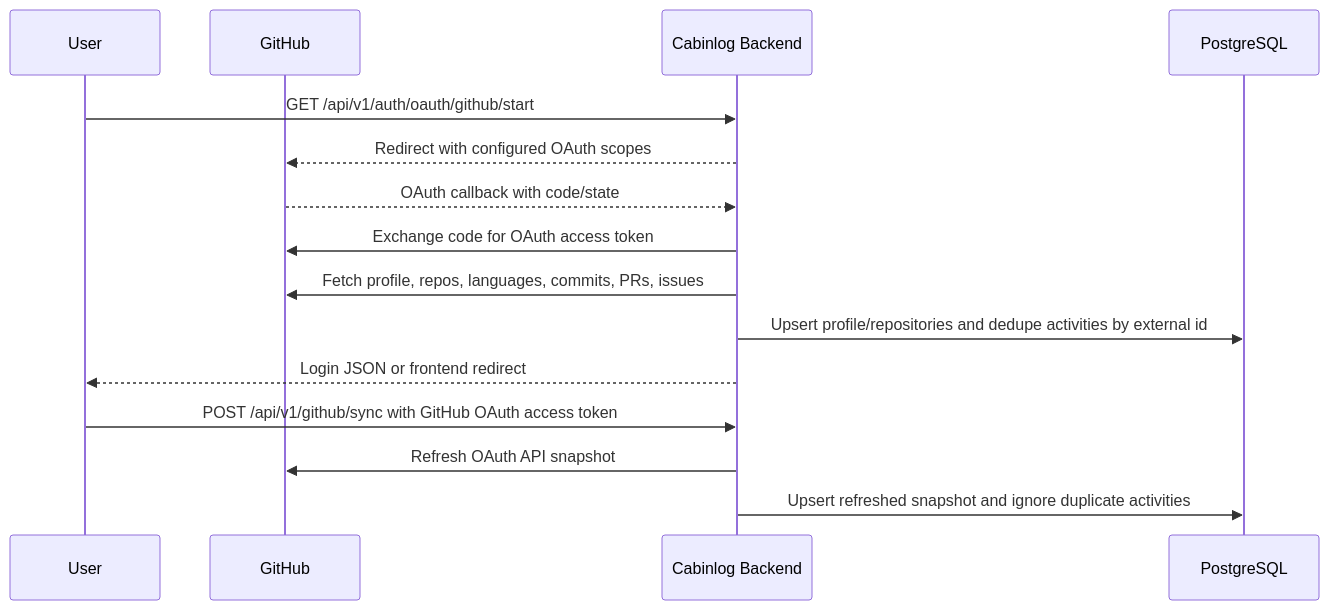
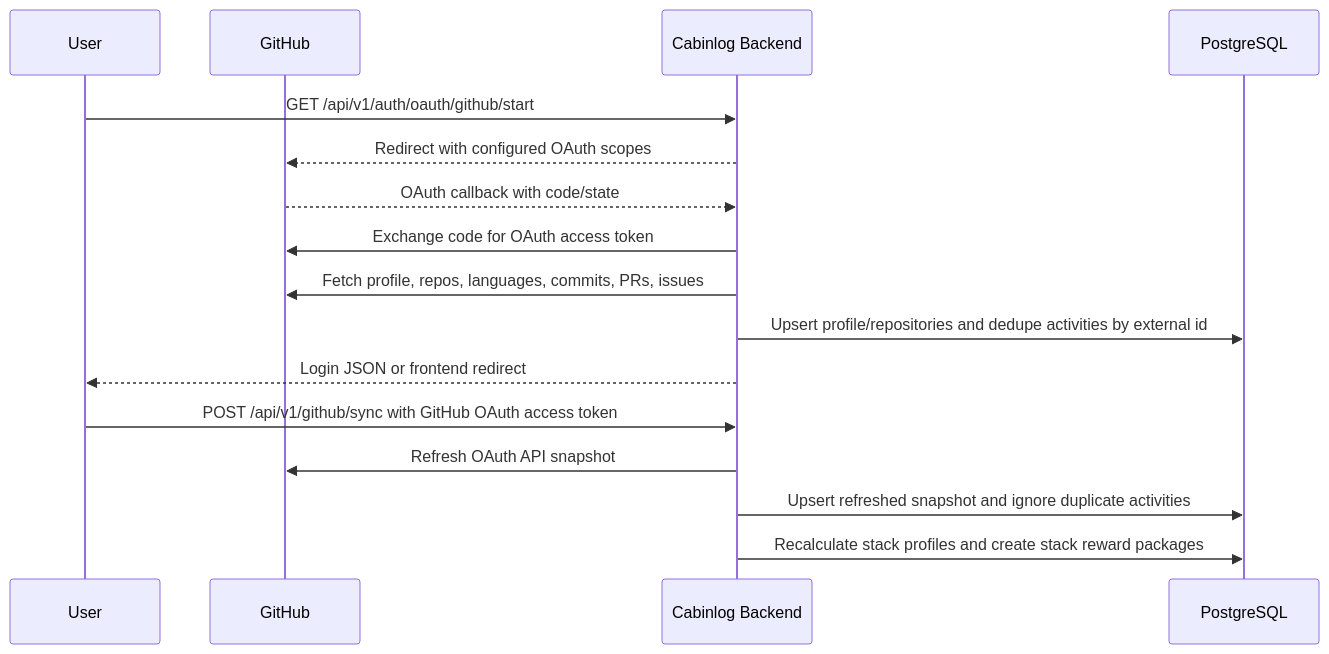
Before and after one commit to cabin-log/cabin-log: the second of 3 diagrams in src/backend/README.md, drawn with Mermaid. The commit also changed other lines of this file and 17 other files, not shown here.

First line of the commit message:
feat(game): add stack reward package foundation

````diff
--- a/src/backend/README.md
+++ b/src/backend/README.md
@@ -85,18 +93,19 @@
 ```mermaid
 sequenceDiagram
     participant User
     participant GitHub
     participant API as Cabinlog Backend
     participant DB as PostgreSQL
 
     User->>API: GET /api/v1/auth/oauth/github/start
     API-->>GitHub: Redirect with configured OAuth scopes
     GitHub-->>API: OAuth callback with code/state
     API->>GitHub: Exchange code for OAuth access token
     API->>GitHub: Fetch profile, repos, languages, commits, PRs, issues
     API->>DB: Upsert profile/repositories and dedupe activities by external id
     API-->>User: Login JSON or frontend redirect
     User->>API: POST /api/v1/github/sync with GitHub OAuth access token
     API->>GitHub: Refresh OAuth API snapshot
     API->>DB: Upsert refreshed snapshot and ignore duplicate activities
+    API->>DB: Recalculate stack profiles and create stack reward packages
 ```
````
